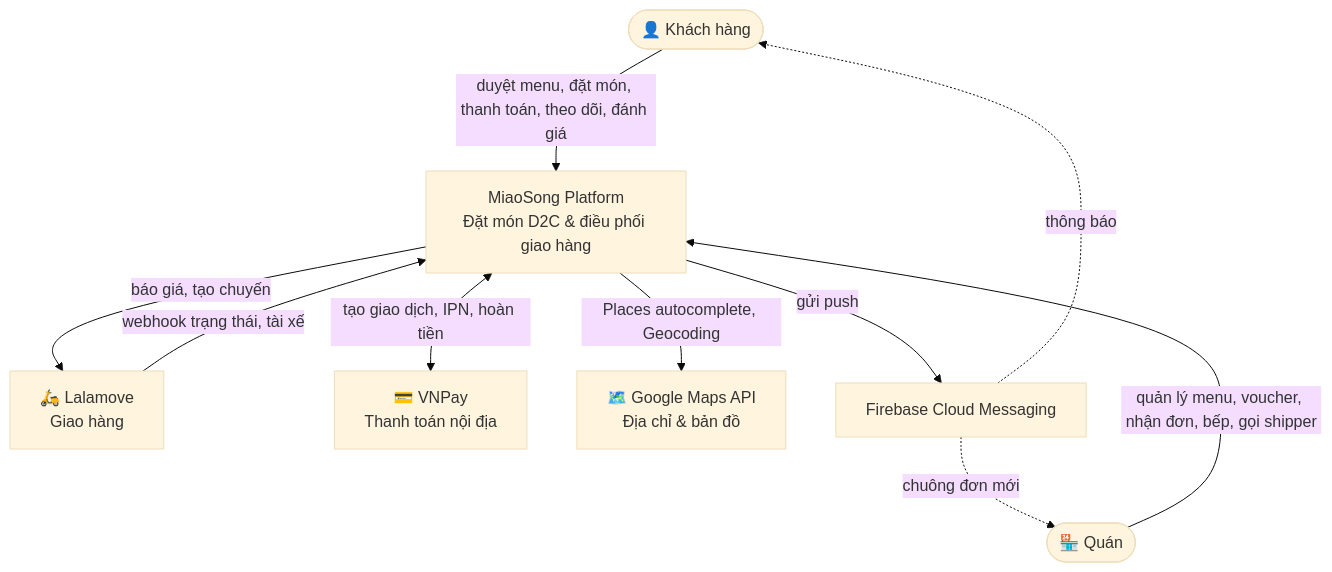
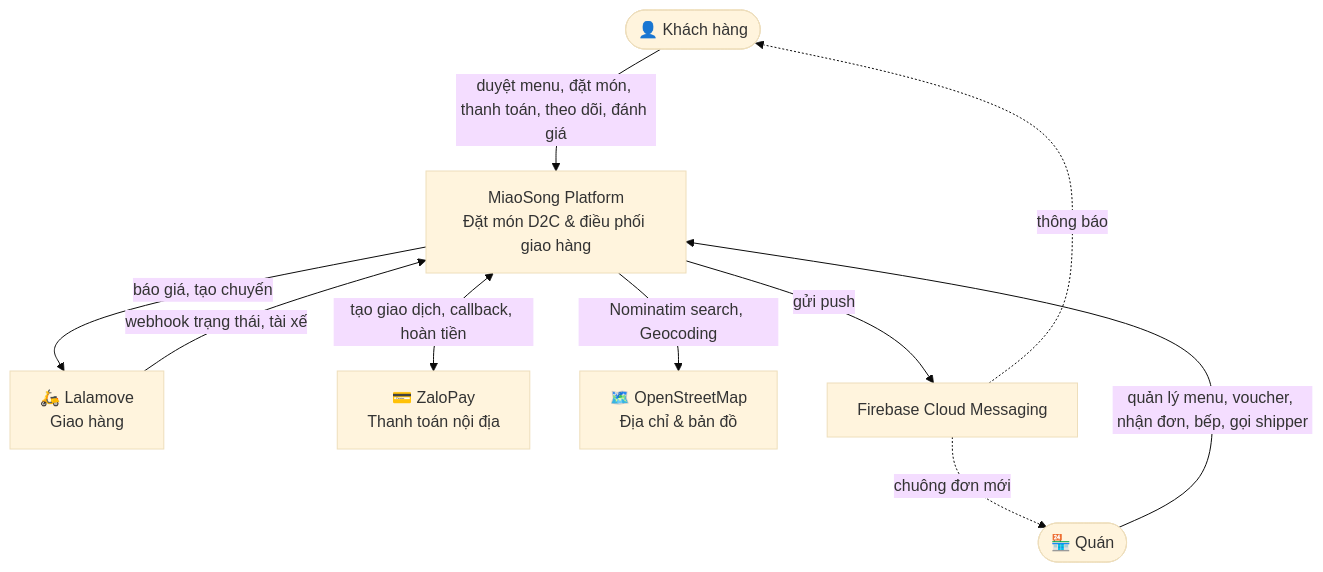
Before and after one commit to thanhpino/MobileAppFinalProject-MiaoSong: the first of 9 diagrams in docs/02-architecture.md, drawn with Mermaid (base theme). The commit also changed other lines of this file and 51 other files, not shown here.

Commit message:
- completed class diagrams - completed activity diagrams - completed use case diagrams - completed test plans - adjusted the sequence diagrams from TMT after changing from vnpay to zalopay, and ggmap to openstreetmap

````diff
--- a/docs/02-architecture.md
+++ b/docs/02-architecture.md
@@ -38,19 +38,19 @@
 ```mermaid
 flowchart TB
     KH(["👤 Khách hàng"])
     Q(["🏪 Quán"])
     MS["MiaoSong Platform<br/>Đặt món D2C & điều phối giao hàng"]
     LL["🛵 Lalamove<br/>Giao hàng"]
-    VNP["💳 VNPay<br/>Thanh toán nội địa"]
-    GM["🗺️ Google Maps API<br/>Địa chỉ & bản đồ"]
+    ZLP["💳 ZaloPay<br/>Thanh toán nội địa"]
+    OSM["🗺️ OpenStreetMap<br/>Địa chỉ & bản đồ"]
     FCM["Firebase Cloud Messaging"]
     KH -- "duyệt menu, đặt món, thanh toán, theo dõi, đánh giá" --> MS
     Q -- "quản lý menu, voucher, nhận đơn, bếp, gọi shipper" --> MS
     MS -- "báo giá, tạo chuyến" --> LL
     LL -- "webhook trạng thái, tài xế" --> MS
-    MS <-- "tạo giao dịch, IPN, hoàn tiền" --> VNP
-    MS -- "Places autocomplete, Geocoding" --> GM
+    MS <-- "tạo giao dịch, callback, hoàn tiền" --> ZLP
+    MS -- "Nominatim search, Geocoding" --> OSM
     MS -- "gửi push" --> FCM
     FCM -. "thông báo" .-> KH
     FCM -. "chuông đơn mới" .-> Q
 ```
````
